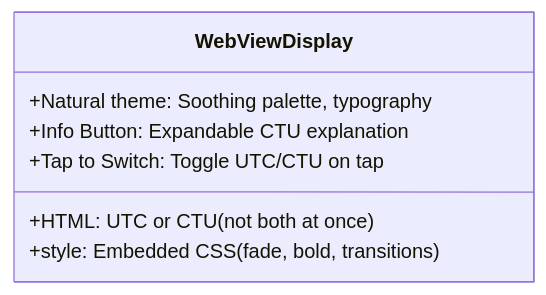
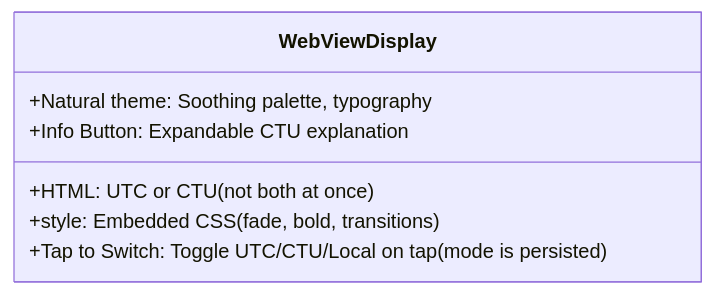
The first of 6 diagrams in docs/spec.md (amogorkon/C-Tune-Clock), drawn with Mermaid before and after one commit. The commit also changed other lines of this file and 2 other files, not shown here.

Commit message:
Implement clock mode persistence and error handling in MainActivity; update JavaScript bridge for mode saving

````diff
--- a/docs/spec.md
+++ b/docs/spec.md
@@ -27,10 +27,10 @@
 ```mermaid
 classDiagram
 class WebViewDisplay {
   +HTML: UTC or CTU (not both at once)
   +style: Embedded CSS (fade, bold, transitions)
   +Natural theme: Soothing palette, typography
   +Info Button: Expandable CTU explanation
-  +Tap to Switch: Toggle UTC/CTU on tap
+  +Tap to Switch: Toggle UTC/CTU/Local on tap (mode is persisted)
 }
 ```
````
